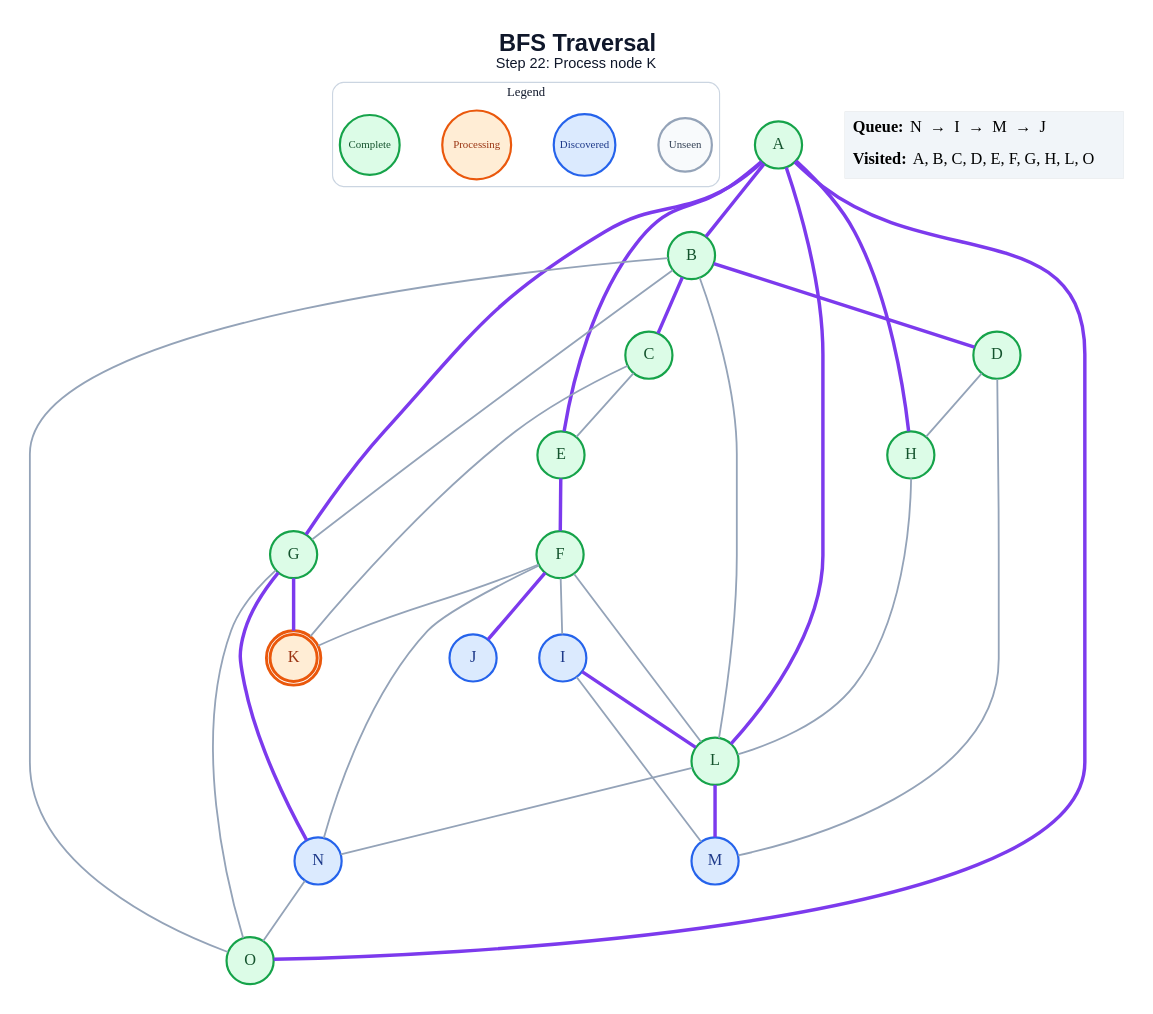
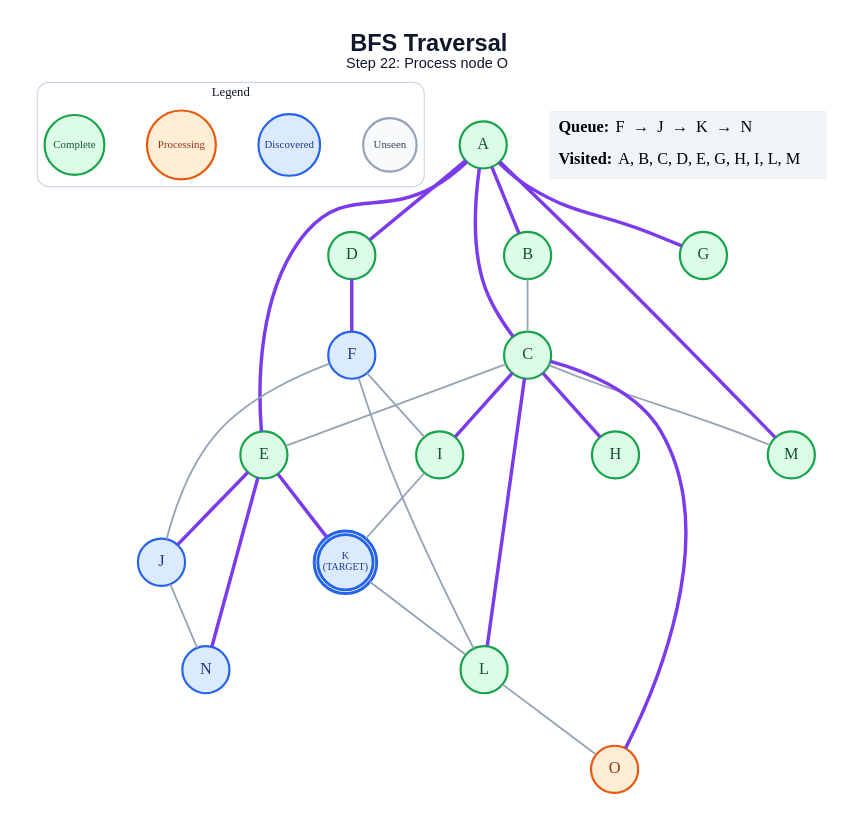
One commit to anon7238593-create/ai-slop changed the diagram in generated/specific-node/bfs/step_22.dot. Above: the diagram before and after it, drawn with Graphviz. The commit also changed 262 other files, not shown here.

```diff
--- a/generated/specific-node/bfs/step_22.dot
+++ b/generated/specific-node/bfs/step_22.dot
@@ -1,64 +1,58 @@
 graph traversal {
   graph [layout=dot, rankdir=TB, bgcolor="#FFFFFF", pad="0.35", nodesep="0.65", ranksep="0.8", fontname="Arial"];
   node [shape=circle, style="filled", fontname="Arial Bold", fontsize=18, width=0.72, fixedsize=true, penwidth=2.4];
   edge [color="#94A3B8", penwidth=2.0];
-  label=<<B>BFS Traversal</B><BR/><FONT POINT-SIZE="16">Step 22: Process node K</FONT>>; labelloc="t"; fontsize=26; fontname="Arial"; fontcolor="#0F172A";
+  label=<<B>BFS Traversal</B><BR/><FONT POINT-SIZE="16">Step 22: Process node O</FONT>>; labelloc="t"; fontsize=26; fontname="Arial"; fontcolor="#0F172A";
   subgraph cluster_legend { label="Legend"; color="#CBD5E1"; penwidth=1.2; style="rounded"; fontsize=14; fontname="Arial Bold";
     key_unseen [label="Unseen", fillcolor="#F8FAFC", color="#94A3B8", fontcolor="#334155", fontsize=12, width=0.82];
     key_frontier [label="Discovered", fillcolor="#DBEAFE", color="#2563EB", fontcolor="#1E3A8A", fontsize=12, width=0.95];
     key_current [label="Processing", fillcolor="#FFEDD5", color="#EA580C", fontcolor="#9A3412", fontsize=12, width=1.05];
     key_done [label="Complete", fillcolor="#DCFCE7", color="#16A34A", fontcolor="#14532D", fontsize=12, width=0.92];
     { rank=same; key_unseen; key_frontier; key_current; key_done; }
   }
   A [label="A", fillcolor="#DCFCE7", color="#16A34A", fontcolor="#14532D", peripheries=1, penwidth=2.4];
   B [label="B", fillcolor="#DCFCE7", color="#16A34A", fontcolor="#14532D", peripheries=1, penwidth=2.4];
   C [label="C", fillcolor="#DCFCE7", color="#16A34A", fontcolor="#14532D", peripheries=1, penwidth=2.4];
   D [label="D", fillcolor="#DCFCE7", color="#16A34A", fontcolor="#14532D", peripheries=1, penwidth=2.4];
   E [label="E", fillcolor="#DCFCE7", color="#16A34A", fontcolor="#14532D", peripheries=1, penwidth=2.4];
-  F [label="F", fillcolor="#DCFCE7", color="#16A34A", fontcolor="#14532D", peripheries=1, penwidth=2.4];
+  F [label="F", fillcolor="#DBEAFE", color="#2563EB", fontcolor="#1E3A8A", peripheries=1, penwidth=2.4];
   G [label="G", fillcolor="#DCFCE7", color="#16A34A", fontcolor="#14532D", peripheries=1, penwidth=2.4];
   H [label="H", fillcolor="#DCFCE7", color="#16A34A", fontcolor="#14532D", peripheries=1, penwidth=2.4];
-  I [label="I", fillcolor="#DBEAFE", color="#2563EB", fontcolor="#1E3A8A", peripheries=1, penwidth=2.4];
+  I [label="I", fillcolor="#DCFCE7", color="#16A34A", fontcolor="#14532D", peripheries=1, penwidth=2.4];
   J [label="J", fillcolor="#DBEAFE", color="#2563EB", fontcolor="#1E3A8A", peripheries=1, penwidth=2.4];
-  K [label="K", fillcolor="#FFEDD5", color="#EA580C", fontcolor="#9A3412", peripheries=2, penwidth=3.2];
+  K [label="K\n(TARGET)", fillcolor="#DBEAFE", color="#2563EB", fontcolor="#1E3A8A", peripheries=2, penwidth=3.2, fontsize=11, width=0.85, height=0.85];
   L [label="L", fillcolor="#DCFCE7", color="#16A34A", fontcolor="#14532D", peripheries=1, penwidth=2.4];
-  M [label="M", fillcolor="#DBEAFE", color="#2563EB", fontcolor="#1E3A8A", peripheries=1, penwidth=2.4];
+  M [label="M", fillcolor="#DCFCE7", color="#16A34A", fontcolor="#14532D", peripheries=1, penwidth=2.4];
   N [label="N", fillcolor="#DBEAFE", color="#2563EB", fontcolor="#1E3A8A", peripheries=1, penwidth=2.4];
-  O [label="O", fillcolor="#DCFCE7", color="#16A34A", fontcolor="#14532D", peripheries=1, penwidth=2.4];
+  O [label="O", fillcolor="#FFEDD5", color="#EA580C", fontcolor="#9A3412", peripheries=1, penwidth=2.4];
   A -- B [color="#7C3AED", penwidth=3.8];
+  A -- C [color="#7C3AED", penwidth=3.8];
+  A -- D [color="#7C3AED", penwidth=3.8];
   A -- E [color="#7C3AED", penwidth=3.8];
   A -- G [color="#7C3AED", penwidth=3.8];
-  A -- H [color="#7C3AED", penwidth=3.8];
-  A -- L [color="#7C3AED", penwidth=3.8];
-  A -- O [color="#7C3AED", penwidth=3.8];
-  B -- C [color="#7C3AED", penwidth=3.8];
-  B -- D [color="#7C3AED", penwidth=3.8];
-  B -- G;
-  B -- L;
-  B -- O;
+  A -- M [color="#7C3AED", penwidth=3.8];
+  B -- C;
   C -- E;
-  C -- K;
-  D -- H;
-  D -- M;
-  E -- F [color="#7C3AED", penwidth=3.8];
+  C -- H [color="#7C3AED", penwidth=3.8];
+  C -- I [color="#7C3AED", penwidth=3.8];
+  C -- L [color="#7C3AED", penwidth=3.8];
+  C -- M;
+  C -- O [color="#7C3AED", penwidth=3.8];
+  D -- F [color="#7C3AED", penwidth=3.8];
+  E -- J [color="#7C3AED", penwidth=3.8];
+  E -- K [color="#7C3AED", penwidth=3.8];
+  E -- N [color="#7C3AED", penwidth=3.8];
   F -- I;
-  F -- J [color="#7C3AED", penwidth=3.8];
-  F -- K;
+  F -- J;
   F -- L;
-  F -- N;
-  G -- K [color="#7C3AED", penwidth=3.8];
-  G -- N [color="#7C3AED", penwidth=3.8];
-  G -- O;
-  H -- L;
-  I -- L [color="#7C3AED", penwidth=3.8];
-  I -- M;
-  L -- M [color="#7C3AED", penwidth=3.8];
-  L -- N;
-  N -- O;
+  I -- K;
+  J -- N;
+  K -- L;
+  L -- O;
   status [shape=plain, fixedsize=false, width=0, height=0, margin=0, label=<
     <TABLE BORDER="0" CELLBORDER="0" CELLPADDING="7" BGCOLOR="#F1F5F9">
-      <TR><TD ALIGN="LEFT"><B>Queue:</B> N  →  I  →  M  →  J</TD></TR>
-      <TR><TD ALIGN="LEFT"><B>Visited:</B> A, B, C, D, E, F, G, H, L, O</TD></TR>
+      <TR><TD ALIGN="LEFT"><B>Queue:</B> F  →  J  →  K  →  N</TD></TR>
+      <TR><TD ALIGN="LEFT"><B>Visited:</B> A, B, C, D, E, G, H, I, L, M</TD></TR>
     </TABLE>
   >];
 }
```
